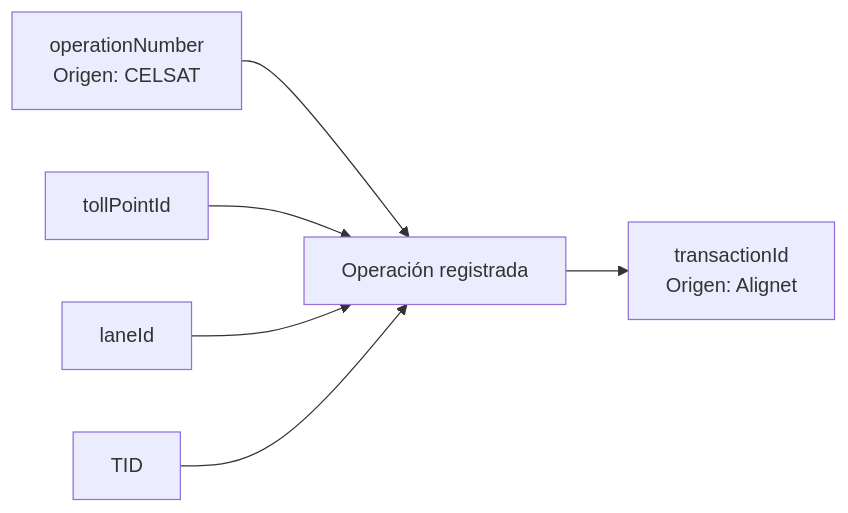
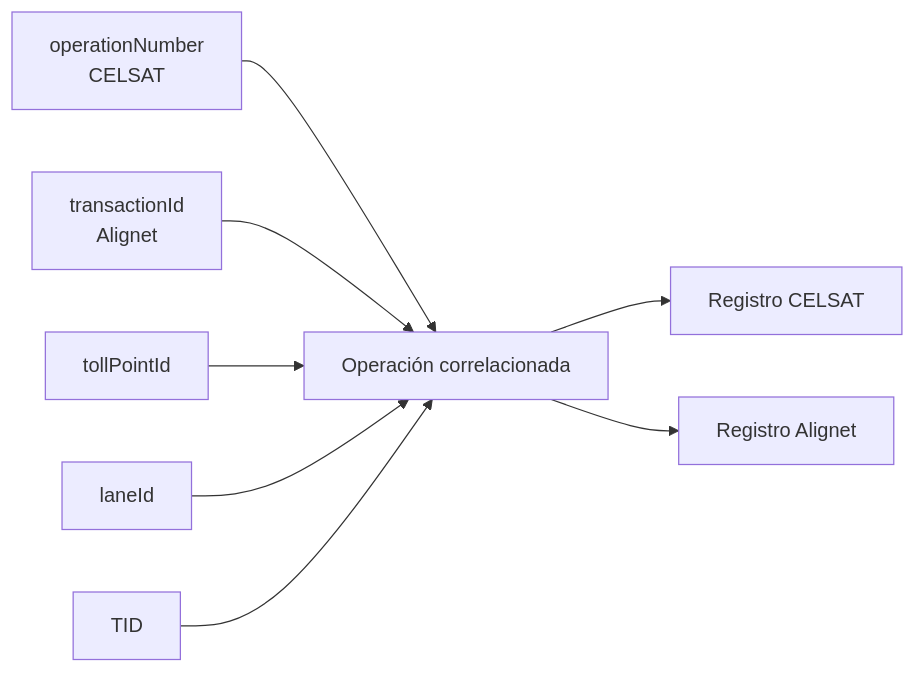
One commit to alignet-docs/alignet-developers changed the second of 2 diagrams in procesamiento-fisico/alignet-transit/arquitectura-y-trazabilidad.mdx. Above: the diagram before and after it, drawn with Mermaid. The commit also changed other lines of this file and 13 other files, not shown here.

````diff
--- a/procesamiento-fisico/alignet-transit/arquitectura-y-trazabilidad.mdx
+++ b/procesamiento-fisico/alignet-transit/arquitectura-y-trazabilidad.mdx
@@ -67,8 +67,10 @@
 ```mermaid
 flowchart LR
-    OP[operationNumber\nOrigen: CELSAT] --> REG[Operación registrada]
-    REG --> TX[transactionId\nOrigen: Alignet]
+    OP[operationNumber<br/>CELSAT] --> REG[Operación correlacionada]
+    TX[transactionId<br/>Alignet] --> REG
     TP[tollPointId] --> REG
     LN[laneId] --> REG
     TID[TID] --> REG
+    REG --> TMC[Registro CELSAT]
+    REG --> ALI[Registro Alignet]
 ```
````
